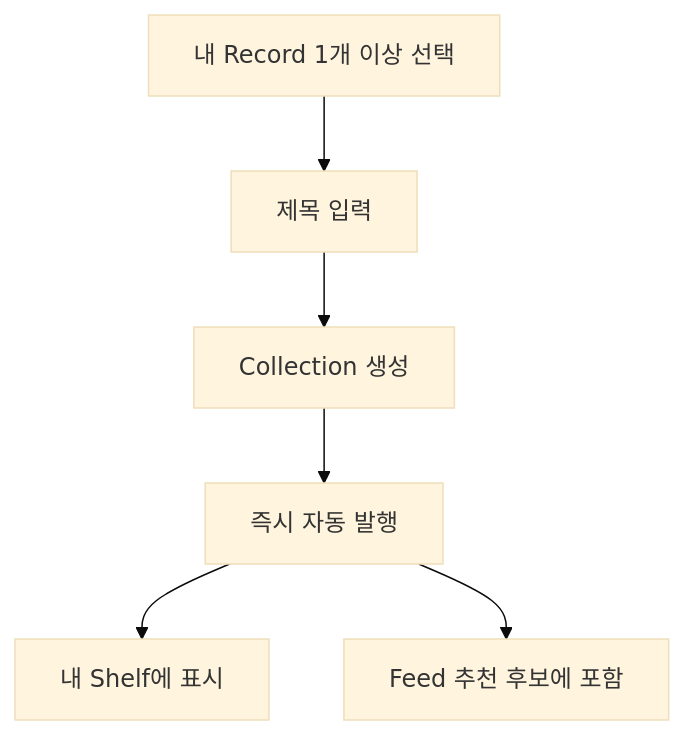
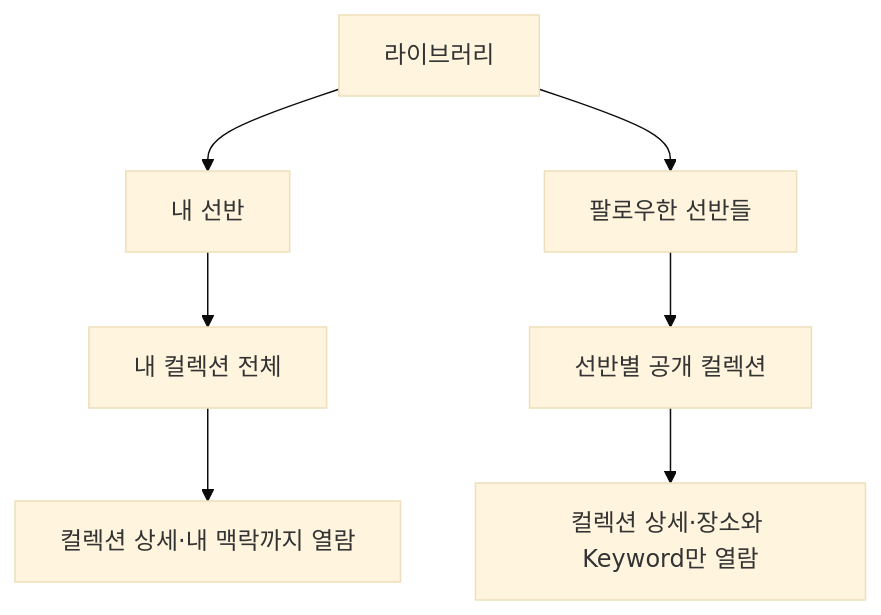
Before and after one commit to Team-PinLog/docs: the ninth of 12 diagrams in draft/09_유저플로우.md, drawn with Mermaid (base theme). The commit also changed other lines of this file and 2 other files, not shown here.

Commit message:
1차 유저플로우 수정

````diff
--- a/draft/09_유저플로우.md
+++ b/draft/09_유저플로우.md
@@ -61,8 +203,9 @@
 ```mermaid
 flowchart TD
-    A[내 Record 1개 이상 선택] --> B[제목 입력]
-    B --> C[Collection 생성]
-    C --> D[즉시 자동 발행]
-    D --> E[내 Shelf에 표시]
-    D --> F[Feed 추천 후보에 포함]
+    A[라이브러리] --> B[내 선반]
+    A --> C[팔로우한 선반들]
+    B --> D[내 컬렉션 전체]
+    C --> E[선반별 공개 컬렉션]
+    D --> F[컬렉션 상세·내 맥락까지 열람]
+    E --> G[컬렉션 상세·장소와 Keyword만 열람]
 ```
````
